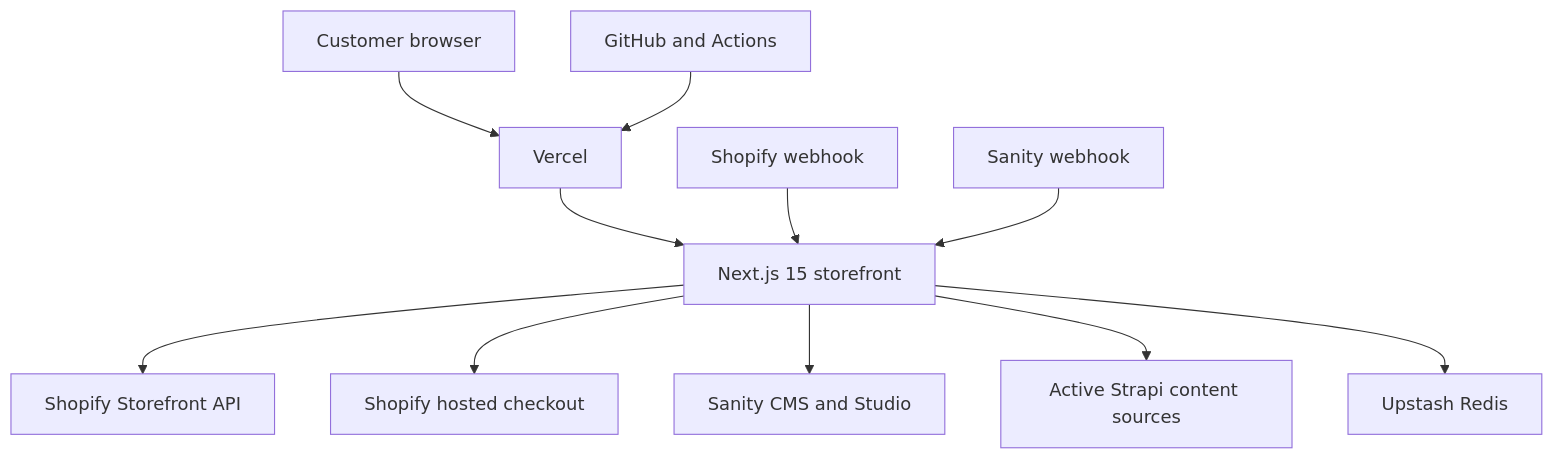
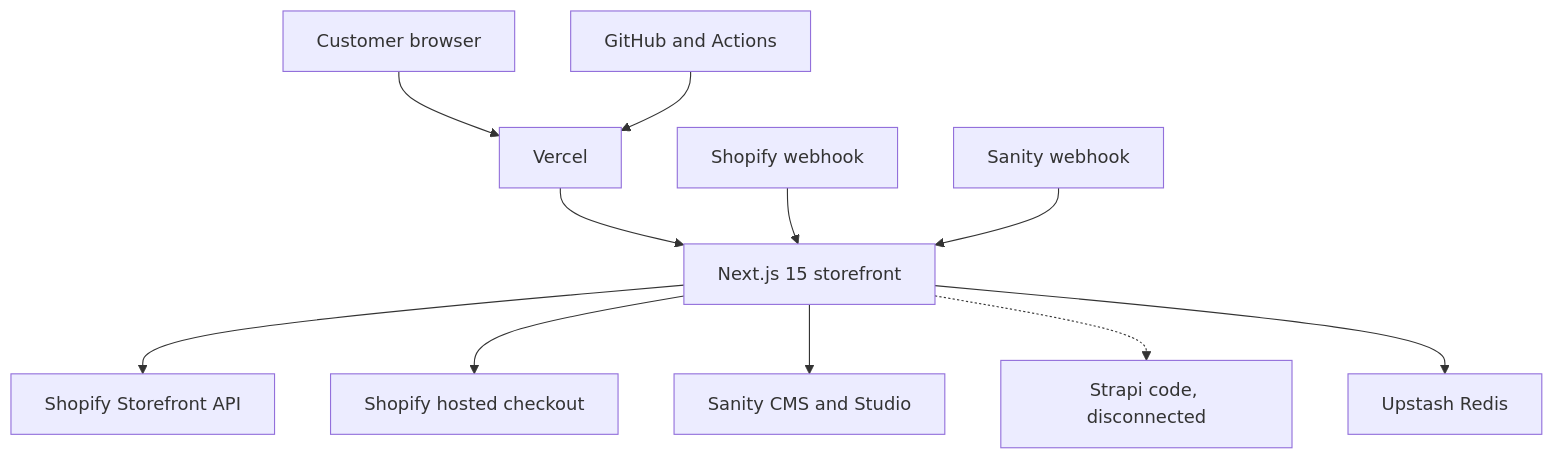
The diagram in website/system-architecture.mdx (JomariTheAnalyst/docs), drawn with Mermaid before and after one commit. The commit also changed other lines of this file and 29 other files, not shown here.

````diff
--- a/website/system-architecture.mdx
+++ b/website/system-architecture.mdx
@@ -9,13 +9,13 @@
 ```mermaid
 flowchart TD
     Browser[Customer browser] --> Vercel[Vercel]
     Vercel --> Next[Next.js 15 storefront]
     Next --> Storefront[Shopify Storefront API]
     Next --> Checkout[Shopify hosted checkout]
     Next --> Sanity[Sanity CMS and Studio]
-    Next --> Strapi[Active Strapi content sources]
+    Next -.-> Strapi[Strapi code, disconnected]
     Next --> Redis[Upstash Redis]
     GitHub[GitHub and Actions] --> Vercel
     ShopifyHook[Shopify webhook] --> Next
     SanityHook[Sanity webhook] --> Next
 ```
````
